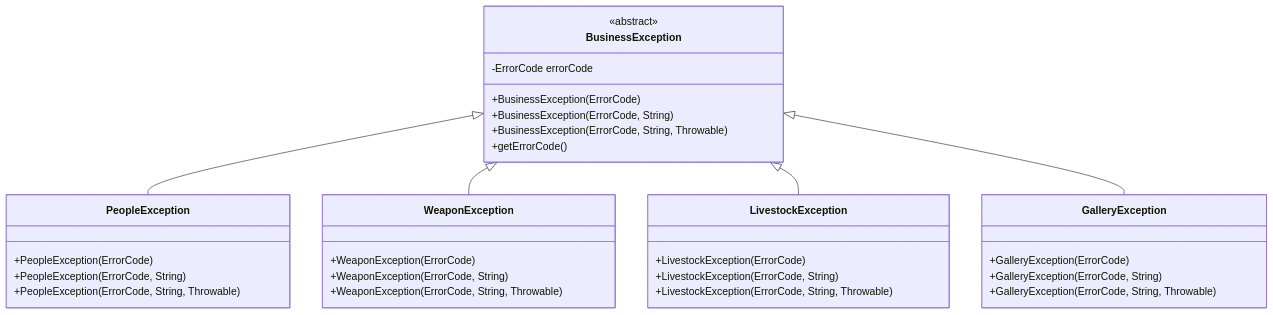
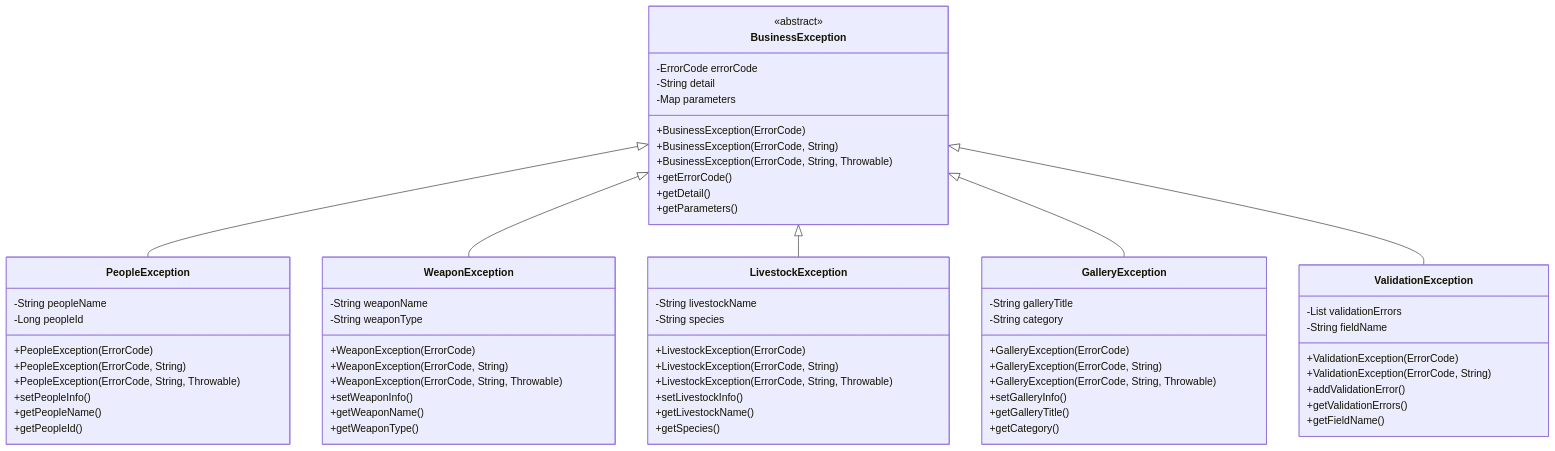
Before and after one commit to Vinskao/ty-multiverse-backend: diagram 11 of 16 in README.md, drawn with Mermaid. The commit also changed other lines of this file, not shown here.

Commit message:
info: update graph

````diff
--- a/README.md
+++ b/README.md
@@ -395,40 +658,75 @@
 ```mermaid
 classDiagram
     class BusinessException {
         <<abstract>>
         -ErrorCode errorCode
+        -String detail
+        -Map<String, Object> parameters
         +BusinessException(ErrorCode)
         +BusinessException(ErrorCode, String)
         +BusinessException(ErrorCode, String, Throwable)
         +getErrorCode()
+        +getDetail()
+        +getParameters()
     }
     
     class PeopleException {
+        -String peopleName
+        -Long peopleId
         +PeopleException(ErrorCode)
         +PeopleException(ErrorCode, String)
         +PeopleException(ErrorCode, String, Throwable)
+        +setPeopleInfo()
+        +getPeopleName()
+        +getPeopleId()
     }
     
     class WeaponException {
+        -String weaponName
+        -String weaponType
         +WeaponException(ErrorCode)
         +WeaponException(ErrorCode, String)
         +WeaponException(ErrorCode, String, Throwable)
+        +setWeaponInfo()
+        +getWeaponName()
+        +getWeaponType()
     }
     
     class LivestockException {
+        -String livestockName
+        -String species
         +LivestockException(ErrorCode)
         +LivestockException(ErrorCode, String)
         +LivestockException(ErrorCode, String, Throwable)
+        +setLivestockInfo()
+        +getLivestockName()
+        +getSpecies()
     }
     
     class GalleryException {
+        -String galleryTitle
+        -String category
         +GalleryException(ErrorCode)
         +GalleryException(ErrorCode, String)
         +GalleryException(ErrorCode, String, Throwable)
+        +setGalleryInfo()
+        +getGalleryTitle()
+        +getCategory()
+    }
+    
+    class ValidationException {
+        -List<String> validationErrors
+        -String fieldName
+        +ValidationException(ErrorCode)
+        +ValidationException(ErrorCode, String)
+        +addValidationError()
+        +getValidationErrors()
+        +getFieldName()
     }
     
     BusinessException <|-- PeopleException
     BusinessException <|-- WeaponException
     BusinessException <|-- LivestockException
     BusinessException <|-- GalleryException
+    BusinessException <|-- ValidationException
 ```
````
